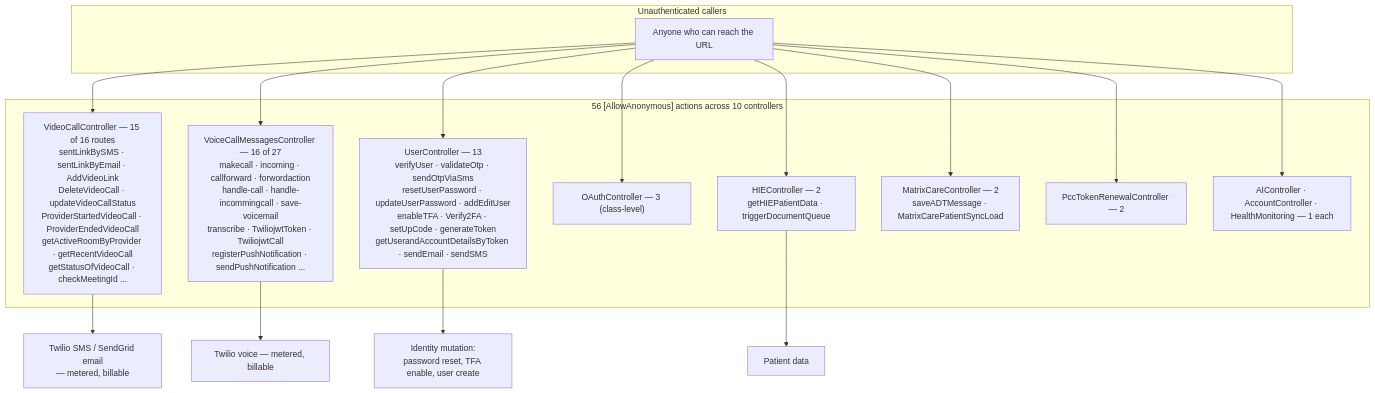
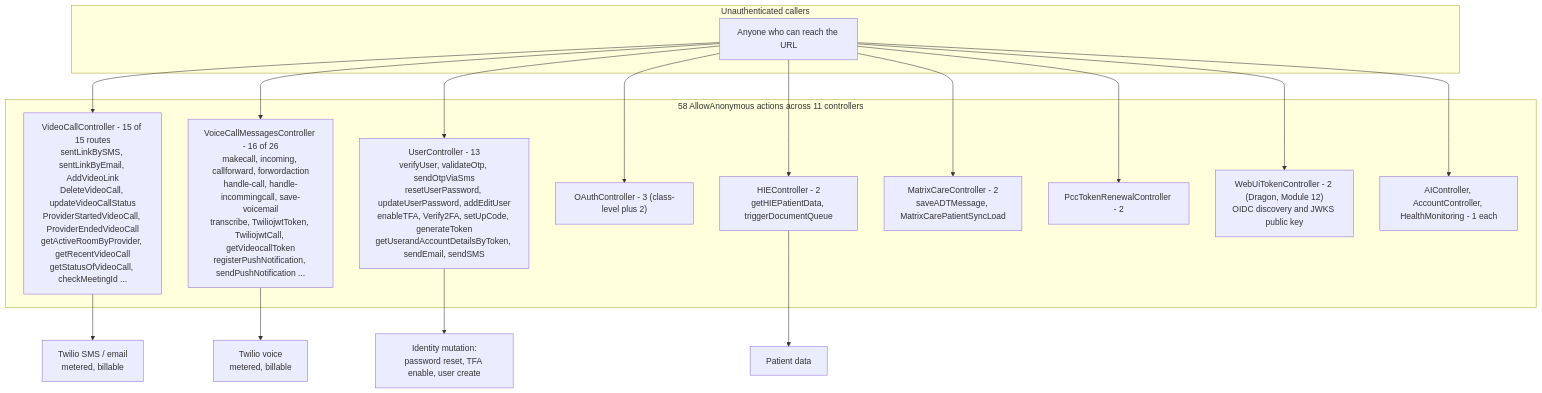
The first of 4 diagrams in docs/architecture-diagrams/07-external-integrations-deep-dive-diagrams.md (hemsingh-3PG/sai-systems-AIRE), drawn with Mermaid before and after one commit. The commit also changed other lines of this file and 285 other files, not shown here.

````diff
--- a/docs/architecture-diagrams/07-external-integrations-deep-dive-diagrams.md
+++ b/docs/architecture-diagrams/07-external-integrations-deep-dive-diagrams.md
@@ -14,23 +13,24 @@
 ```mermaid
 flowchart TB
   subgraph Internet["Unauthenticated callers"]
     X["Anyone who can reach the URL"]
   end
 
-  subgraph Anon["56 [AllowAnonymous] actions across 10 controllers"]
-    V["VideoCallController — 15 of 16 routes<br/>sentLinkBySMS · sentLinkByEmail · AddVideoLink<br/>DeleteVideoCall · updateVideoCallStatus<br/>ProviderStartedVideoCall · ProviderEndedVideoCall<br/>getActiveRoomByProvider · getRecentVideoCall<br/>getStatusOfVideoCall · checkMeetingId ..."]
-    C["VoiceCallMessagesController — 16 of 27<br/>makecall · incoming · callforward · forwordaction<br/>handle-call · handle-incommingcall · save-voicemail<br/>transcribe · TwiliojwtToken · TwiliojwtCall<br/>registerPushNotification · sendPushNotification ..."]
-    U["UserController — 13<br/>verifyUser · validateOtp · sendOtpViaSms<br/>resetUserPassword · updateUserPassword · addEditUser<br/>enableTFA · Verify2FA · setUpCode · generateToken<br/>getUserandAccountDetailsByToken · sendEmail · sendSMS"]
-    O["OAuthController — 3 (class-level)"]
-    H["HIEController — 2<br/>getHIEPatientData · triggerDocumentQueue"]
-    M["MatrixCareController — 2<br/>saveADTMessage · MatrixCarePatientSyncLoad"]
-    P["PccTokenRenewalController — 2"]
-    A["AIController · AccountController · HealthMonitoring — 1 each"]
+  subgraph Anon["58 AllowAnonymous actions across 11 controllers"]
+    V["VideoCallController - 15 of 15 routes<br/>sentLinkBySMS, sentLinkByEmail, AddVideoLink<br/>DeleteVideoCall, updateVideoCallStatus<br/>ProviderStartedVideoCall, ProviderEndedVideoCall<br/>getActiveRoomByProvider, getRecentVideoCall<br/>getStatusOfVideoCall, checkMeetingId ..."]
+    C["VoiceCallMessagesController - 16 of 26<br/>makecall, incoming, callforward, forwordaction<br/>handle-call, handle-incommingcall, save-voicemail<br/>transcribe, TwiliojwtToken, TwiliojwtCall, getVideocallToken<br/>registerPushNotification, sendPushNotification ..."]
+    U["UserController - 13<br/>verifyUser, validateOtp, sendOtpViaSms<br/>resetUserPassword, updateUserPassword, addEditUser<br/>enableTFA, Verify2FA, setUpCode, generateToken<br/>getUserandAccountDetailsByToken, sendEmail, sendSMS"]
+    O["OAuthController - 3 (class-level plus 2)"]
+    H["HIEController - 2<br/>getHIEPatientData, triggerDocumentQueue"]
+    M["MatrixCareController - 2<br/>saveADTMessage, MatrixCarePatientSyncLoad"]
+    P["PccTokenRenewalController - 2"]
+    W["WebUiTokenController - 2 (Dragon, Module 12)<br/>OIDC discovery and JWKS public key"]
+    A["AIController, AccountController, HealthMonitoring - 1 each"]
   end
 
-  X --> V & C & U & O & H & M & P & A
-  V --> SMS["Twilio SMS / SendGrid email<br/>— metered, billable"]
-  C --> TW["Twilio voice — metered, billable"]
+  X --> V & C & U & O & H & M & P & W & A
+  V --> SMS["Twilio SMS / email<br/>metered, billable"]
+  C --> TW["Twilio voice<br/>metered, billable"]
   U --> ID["Identity mutation:<br/>password reset, TFA enable, user create"]
   H --> PHI["Patient data"]
 ```
````
